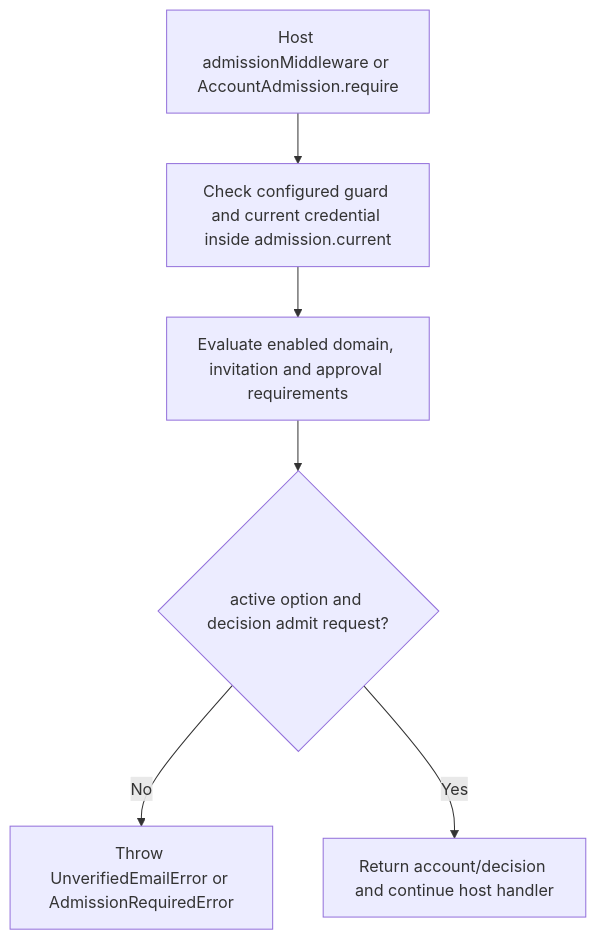
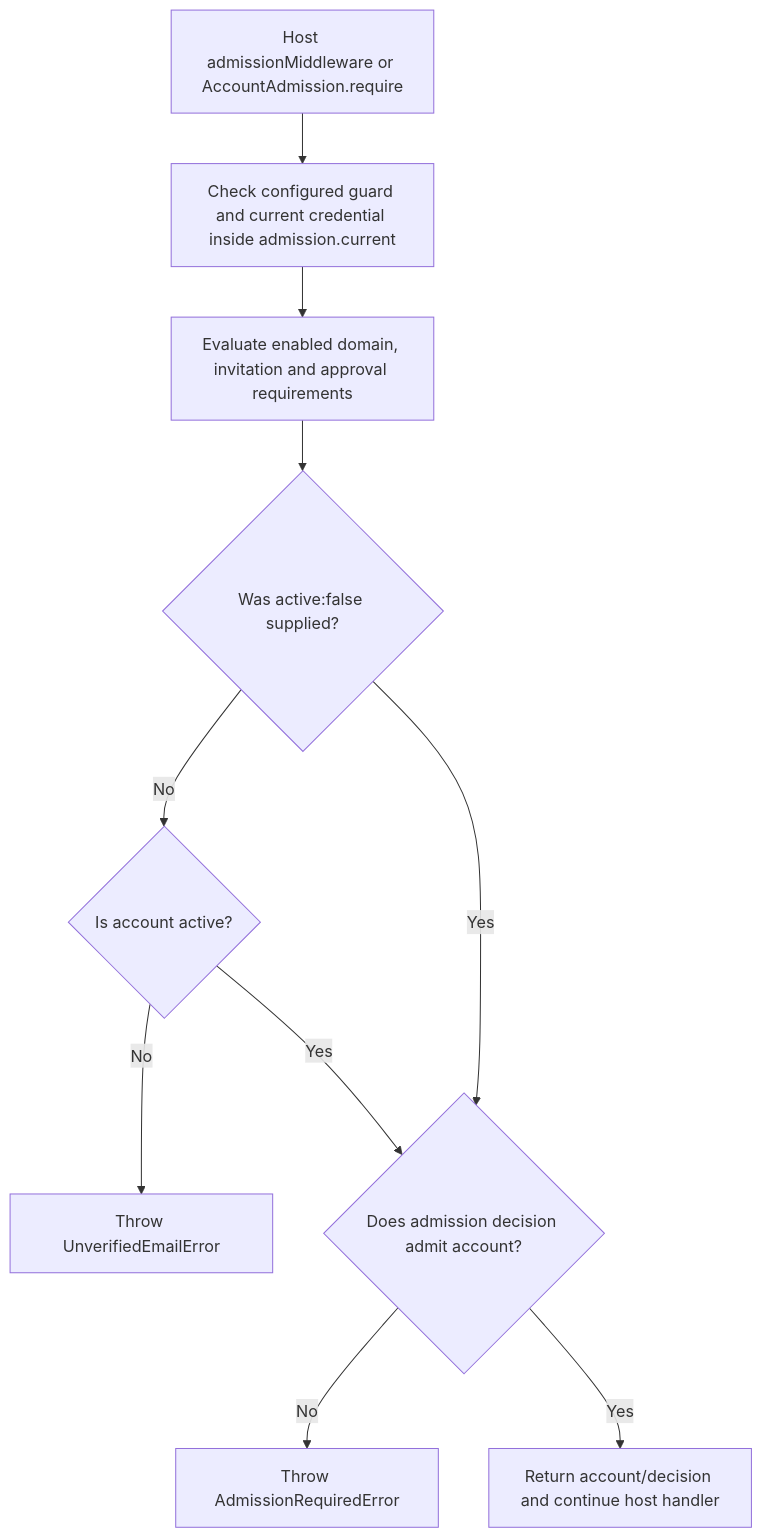
One commit to Kevinjohn/oss-adonisjs-account-kit changed the second of 2 diagrams in user-stories/US-ACCOUNT-25-gate-application-route.md. Above: the diagram before and after it, drawn with Mermaid. The commit also changed other lines of this file and 7 other files, not shown here.

````diff
--- a/user-stories/US-ACCOUNT-25-gate-application-route.md
+++ b/user-stories/US-ACCOUNT-25-gate-application-route.md
@@ -31,8 +31,12 @@
 ```mermaid
 flowchart TD
  A["Host admissionMiddleware or AccountAdmission.require"] --> B["Check configured guard and current credential inside admission.current"]
  B --> C["Evaluate enabled domain, invitation and approval requirements"]
- C --> D{"active option and decision admit request?"}
- D -->|No| E["Throw UnverifiedEmailError or AdmissionRequiredError"]
- D -->|Yes| F["Return account/decision and continue host handler"]
+ C --> D{"Was active:false supplied?"}
+ D -->|No| E{"Is account active?"}
+ E -->|No| F["Throw UnverifiedEmailError"]
+ E -->|Yes| G{"Does admission decision admit account?"}
+ D -->|Yes| G
+ G -->|No| H["Throw AdmissionRequiredError"]
+ G -->|Yes| I["Return account/decision and continue host handler"]
 ```
````
